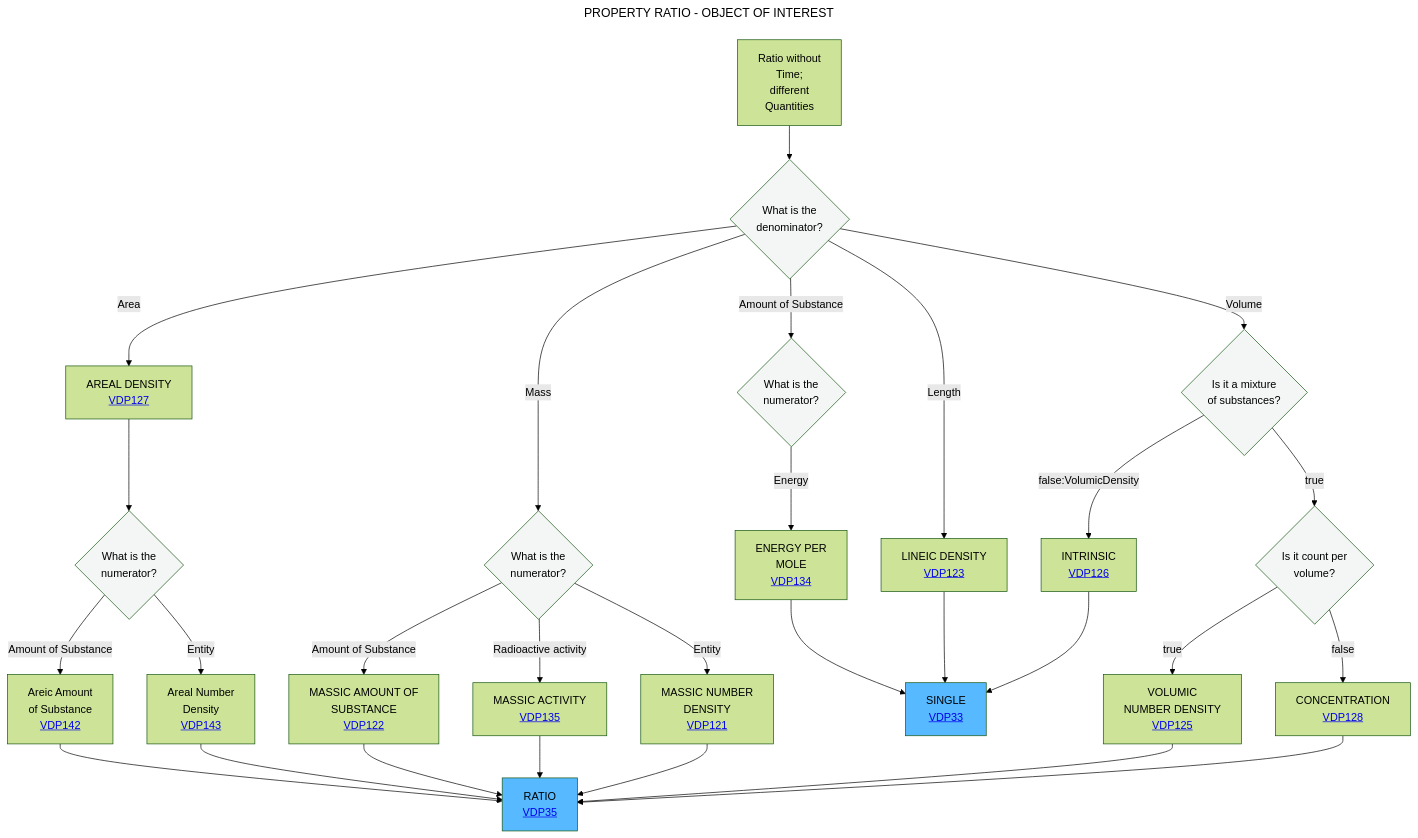
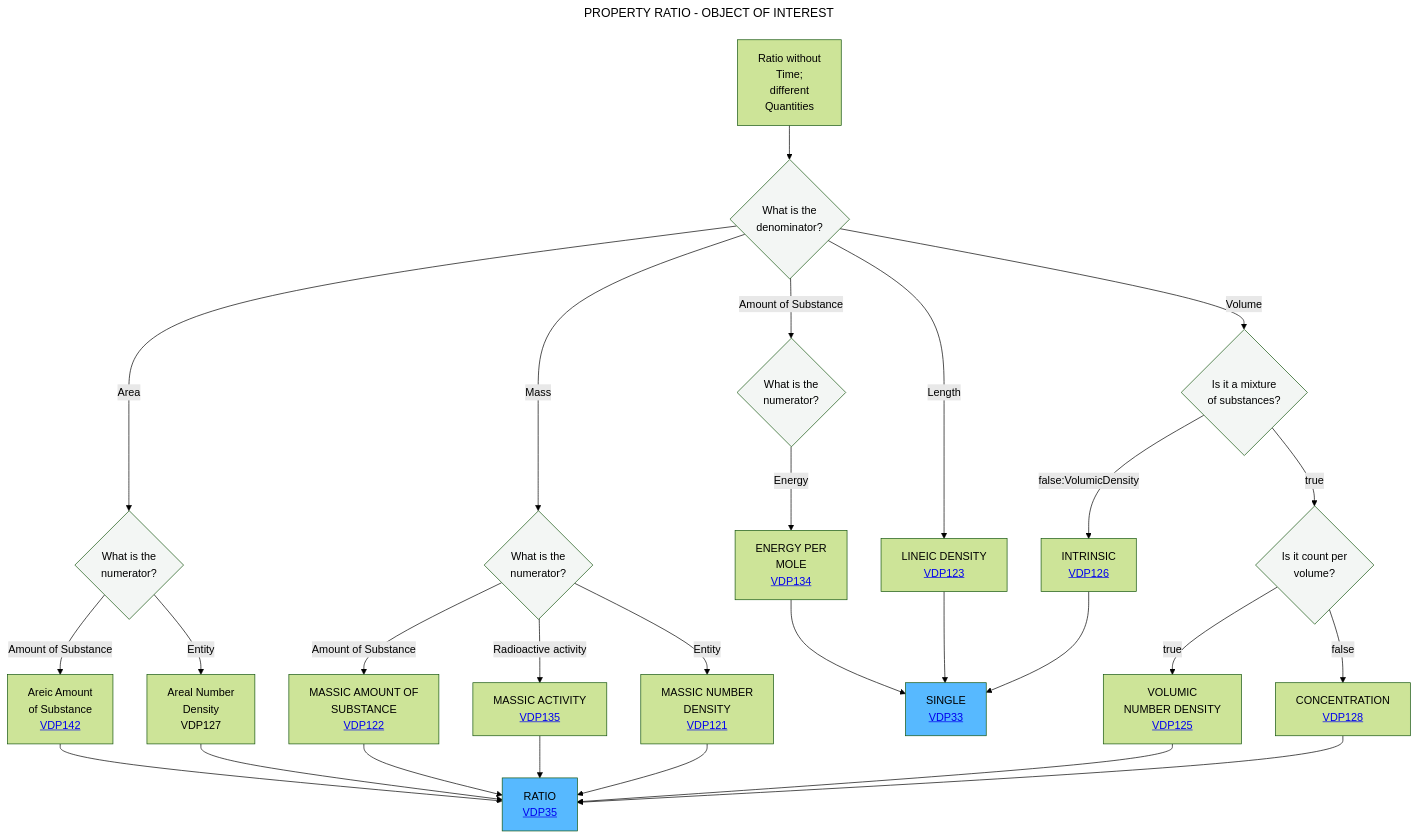
One commit to mabablue/I-ADOPT-patterns-playground changed the diagram in Decision_trees/DT5.mmd. Above: the diagram before and after it, drawn with Mermaid (forest theme).

Commit message:
Revise flowchart structure and links in DT5.mmd

```diff
--- a/Decision_trees/DT5.mmd
+++ b/Decision_trees/DT5.mmd
@@ -1,35 +1,34 @@
 ---
 title: PROPERTY RATIO - OBJECT OF INTEREST
 ---
 flowchart TD
     A[Ratio without <br> Time; <br> different <br> Quantities] --> B{What is the <br> denominator?}:::white
-    B -- Area -->C[AREAL DENSITY <br> <a href='https://github.com/mabablue/I-ADOPT-patterns-playground/blob/main/pattern/VDP127.md'>VDP127</a>]
+    B -- Area -->C{What is the <br> numerator?}:::white
     B -- Mass -->E{What is the <br> numerator?}:::white
     B -- Amount of Substance --> R{What is the <br> numerator?}:::white
     B -- Length -->D[LINEIC DENSITY <br> <a href='https://github.com/mabablue/I-ADOPT-patterns-playground/blob/main/pattern/VDP123.yaml'>VDP123</a>]
     E -- Amount of Substance --> P[MASSIC AMOUNT OF <br> SUBSTANCE <br> <a href='https://github.com/mabablue/I-ADOPT-patterns-playground/blob/main/pattern/VDP122.yaml'>VDP122</a>]
     E -- Radioactive activity --> Q[MASSIC ACTIVITY <br> <a href='https://github.com/mabablue/I-ADOPT-patterns-playground/blob/main/pattern/VDP135.yaml'>VDP135</a>]
     E -- Entity --> L[MASSIC NUMBER  <br> DENSITY <br> <a href='https://github.com/mabablue/I-ADOPT-patterns-playground/blob/main/pattern/VDP121.yaml'>VDP121</a>]
     B -- Volume -->G{Is it a mixture <br> of substances?}:::white
     G -- false:VolumicDensity-->H[INTRINSIC <br> <a href='https://github.com/mabablue/I-ADOPT-patterns-playground/blob/main/pattern/VDP126.yaml'>VDP126</a>]
     G--> |true|J{Is it count per <br>  volume?}:::white
     J --> |true|I[VOLUMIC <br> NUMBER DENSITY <br> <a href='https://github.com/mabablue/I-ADOPT-patterns-playground/blob/main/pattern/VDP125.yaml'>VDP125</a>]
     J --> |false|M[CONCENTRATION <br> <a href='https://github.com/mabablue/I-ADOPT-patterns-playground/blob/main/pattern/VDP128.md'>VDP128</a>]
     I --> N
-    C --> CB{What is the <br> numerator?}:::white
-    CB --Amount of Substance --> F[Areic Amount <br> of Substance <br> <a href='https://github.com/mabablue/I-ADOPT-patterns-playground/tree/main/md/GenericPatterns/VariableDesignPatterns/VDP142.md'>VDP142</a>]
-    CB --Entity --> K[Areal Number <br> Density <br> <a href='https://github.com/mabablue/I-ADOPT-patterns-playground/tree/main/md/GenericPatterns/VariableDesignPatterns/VDP143.md'>VDP143</a>]
+    C --Amount of Substance --> F[Areic Amount <br> of Substance <br> <a href='https://github.com/mabablue/I-ADOPT-patterns-playground/tree/main/md/GenericPatterns/VariableDesignPatterns/VDP142.md'>VDP142</a>]
+    C --Entity --> K[Areal Number <br> Density <br> <a https://github.com/mabablue/I-ADOPT-patterns-playground/blob/main/pattern/VDP127.md'>VDP127</a>]
     F --> N[RATIO <br> <a href='https://github.com/mabablue/I-ADOPT-patterns-playground/blob/main/pattern/VDP35.md'>VDP35</a>]:::satblue
     K --> N[RATIO <br> <a href='https://github.com/mabablue/I-ADOPT-patterns-playground/blob/main/pattern/VDP35.md'>VDP35</a>]:::satblue
     D --> O[SINGLE <br> <a href='https://github.com/mabablue/I-ADOPT-patterns-playground/blob/main/pattern/VDP33.yaml'>VDP33</a>]:::satblue
     R -- Energy --> S[ENERGY PER <br> MOLE <br> <a href='https://github.com/mabablue/I-ADOPT-patterns-playground/blob/main/pattern/VDP134.yaml'>VDP134</a>]
     H --> O
     P --> N
     M --> N
     S --> O
     Q --> N
     L --> N
    classDef blue fill:#90D5FF
    classDef satblue fill:#57B9FF 
    classDef white fill:#f3f6f4
    classDef green fill:#6aa84f
```
